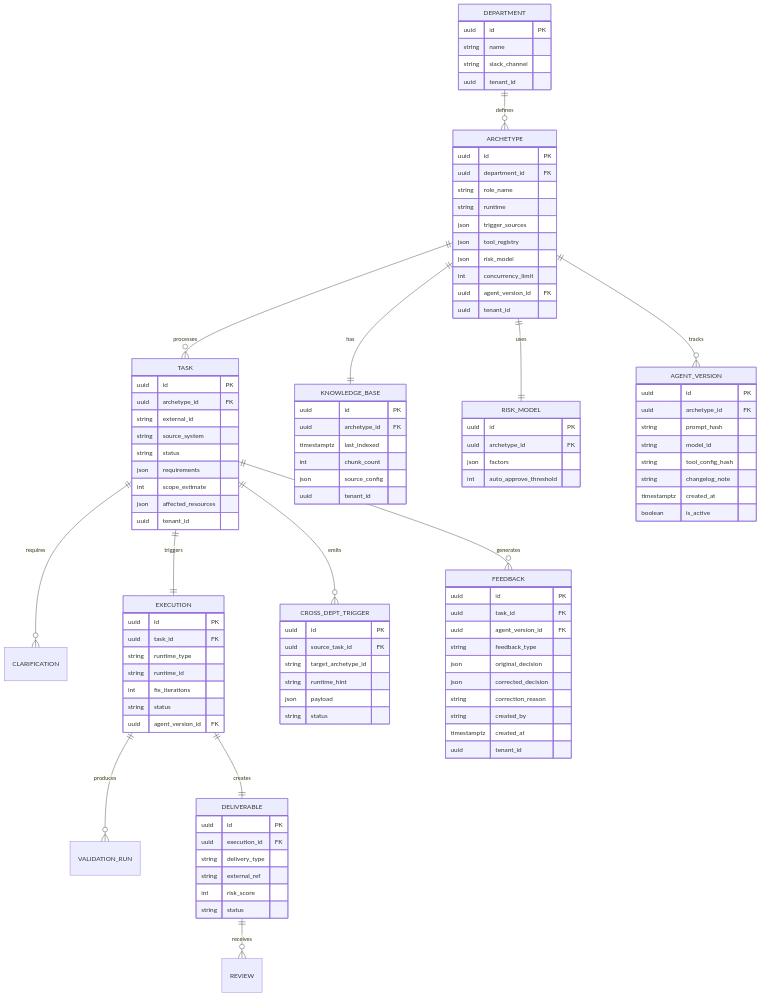
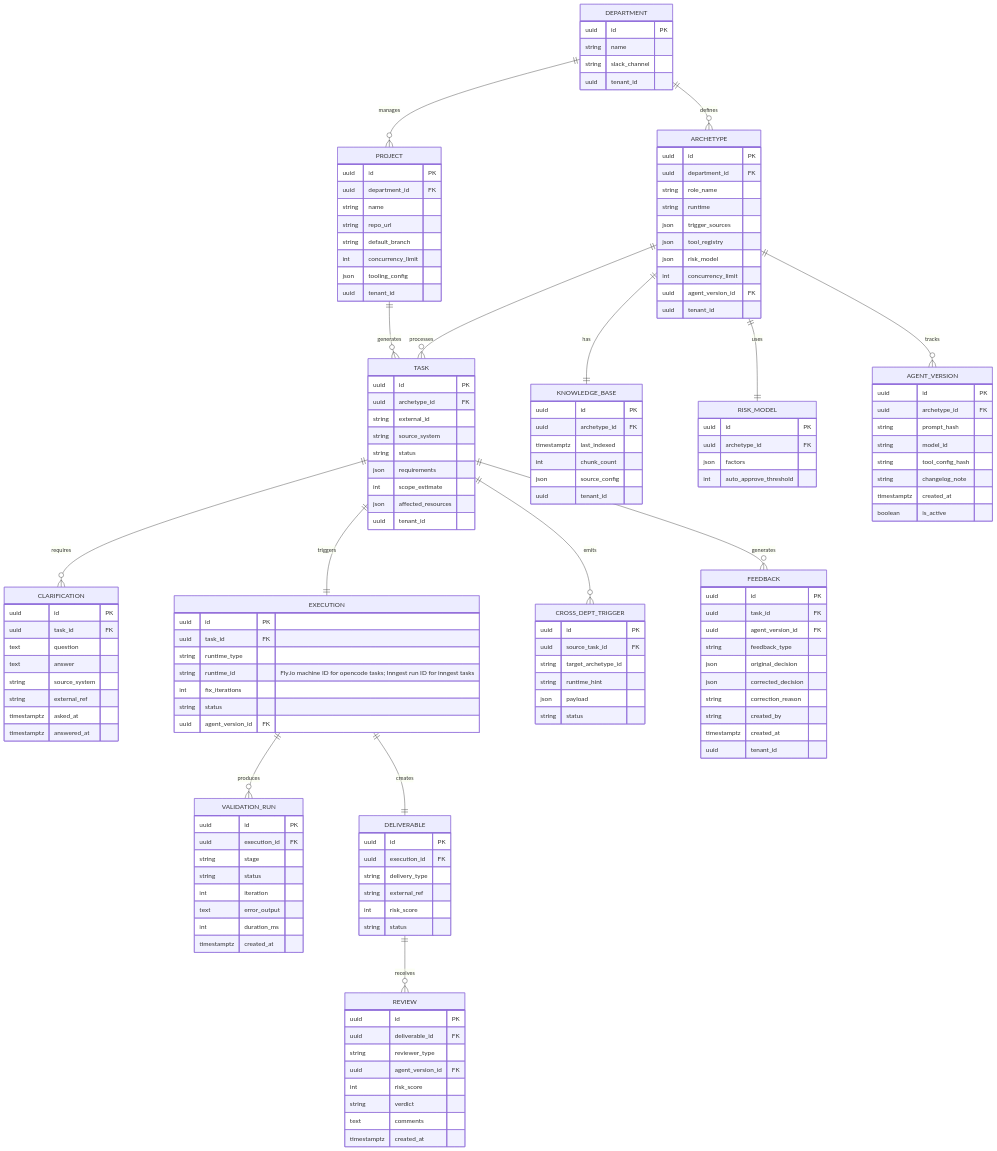
Diagram 13 of 16 in docs/2026-03-22-2317-ai-employee-architecture.md (viiqswim/dozaldevs-ai-employee), drawn with Mermaid before and after one commit.

Commit message:
docs(architecture): fill data model gaps — add projects, validation_run, review, clarification entities

````diff
--- a/docs/2026-03-22-2317-ai-employee-architecture.md
+++ b/docs/2026-03-22-2317-ai-employee-architecture.md
@@ -1332,6 +1332,7 @@
 ```mermaid
 erDiagram
     DEPARTMENT ||--o{ ARCHETYPE : defines
+    DEPARTMENT ||--o{ PROJECT : manages
     ARCHETYPE ||--o{ TASK : processes
     ARCHETYPE ||--|| KNOWLEDGE_BASE : has
     ARCHETYPE ||--|| RISK_MODEL : uses
@@ -1343,6 +1344,7 @@
     TASK ||--o{ CROSS_DEPT_TRIGGER : emits
     TASK ||--o{ FEEDBACK : generates
     ARCHETYPE ||--o{ AGENT_VERSION : tracks
+    PROJECT ||--o{ TASK : generates
 
     DEPARTMENT {
         uuid id PK
@@ -1377,7 +1379,7 @@
         uuid id PK
         uuid task_id FK
         string runtime_type
-        string runtime_id
+        string runtime_id "Fly.io machine ID for opencode tasks; Inngest run ID for inngest tasks"
         int fix_iterations
         string status
         uuid agent_version_id FK
@@ -1434,4 +1436,44 @@
         json payload
         string status
     }
+    PROJECT {
+        uuid id PK
+        uuid department_id FK
+        string name
+        string repo_url
+        string default_branch
+        int concurrency_limit
+        json tooling_config
+        uuid tenant_id
+    }
+    VALIDATION_RUN {
+        uuid id PK
+        uuid execution_id FK
+        string stage
+        string status
+        int iteration
+        text error_output
+        int duration_ms
+        timestamptz created_at
+    }
+    REVIEW {
+        uuid id PK
+        uuid deliverable_id FK
+        string reviewer_type
+        uuid agent_version_id FK
+        int risk_score
+        string verdict
+        text comments
+        timestamptz created_at
+    }
+    CLARIFICATION {
+        uuid id PK
+        uuid task_id FK
+        text question
+        text answer
+        string source_system
+        string external_ref
+        timestamptz asked_at
+        timestamptz answered_at
+    }
 ```
````
